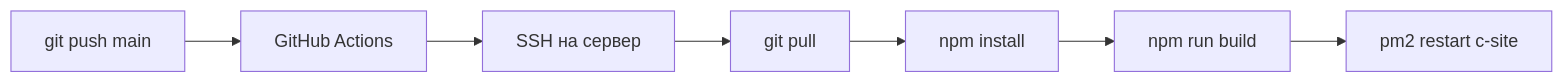
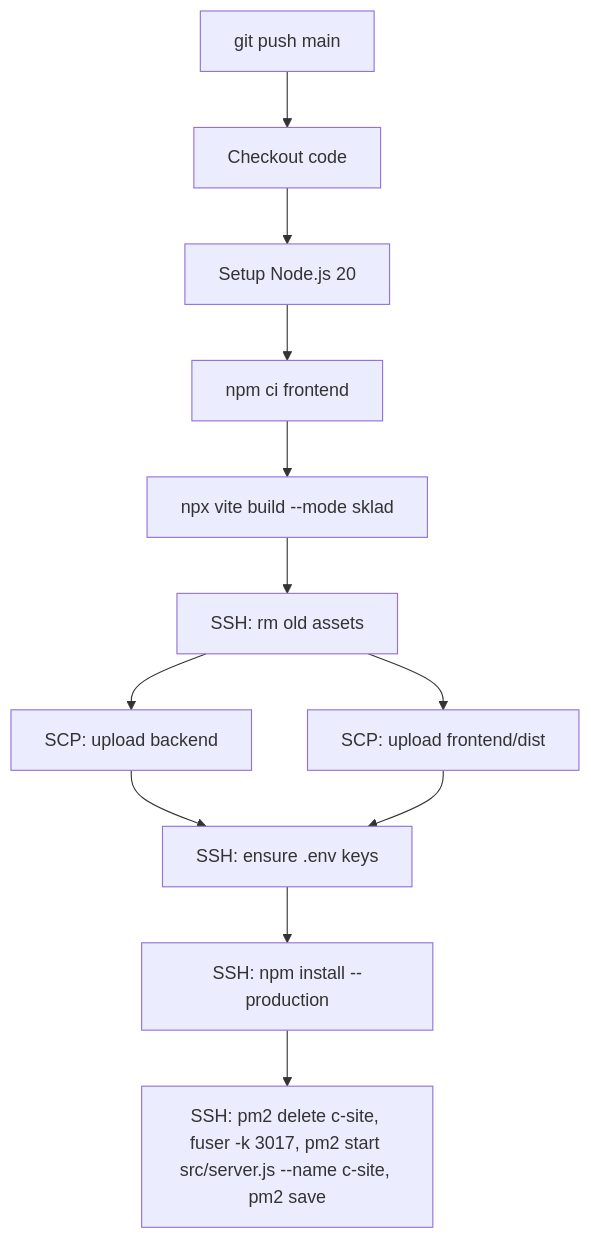
The diagram in docs/Архитектура/Деплой.md (arra123/Sklad_control), drawn with Mermaid before and after one commit. The commit also changed other lines of this file and 19 other files, not shown here.

````diff
--- a/docs/Архитектура/Деплой.md
+++ b/docs/Архитектура/Деплой.md
@@ -15,9 +21,14 @@
 ```mermaid
-graph LR
-    Push[git push main] --> GA[GitHub Actions]
-    GA --> SSH[SSH на сервер]
-    SSH --> Pull[git pull]
-    Pull --> Install[npm install]
-    Install --> Build[npm run build]
-    Build --> PM2[pm2 restart c-site]
+graph TD
+    Push[git push main] --> Checkout[Checkout code]
+    Checkout --> Setup[Setup Node.js 20]
+    Setup --> Install[npm ci frontend]
+    Install --> Build["npx vite build --mode sklad"]
+    Build --> Clean[SSH: rm old assets]
+    Clean --> Upload1[SCP: upload backend]
+    Clean --> Upload2[SCP: upload frontend/dist]
+    Upload1 --> Env[SSH: ensure .env keys]
+    Upload2 --> Env
+    Env --> Deps["SSH: npm install --production"]
+    Deps --> Restart["SSH: pm2 delete c-site, fuser -k 3017, pm2 start src/server.js --name c-site, pm2 save"]
 ```
````
